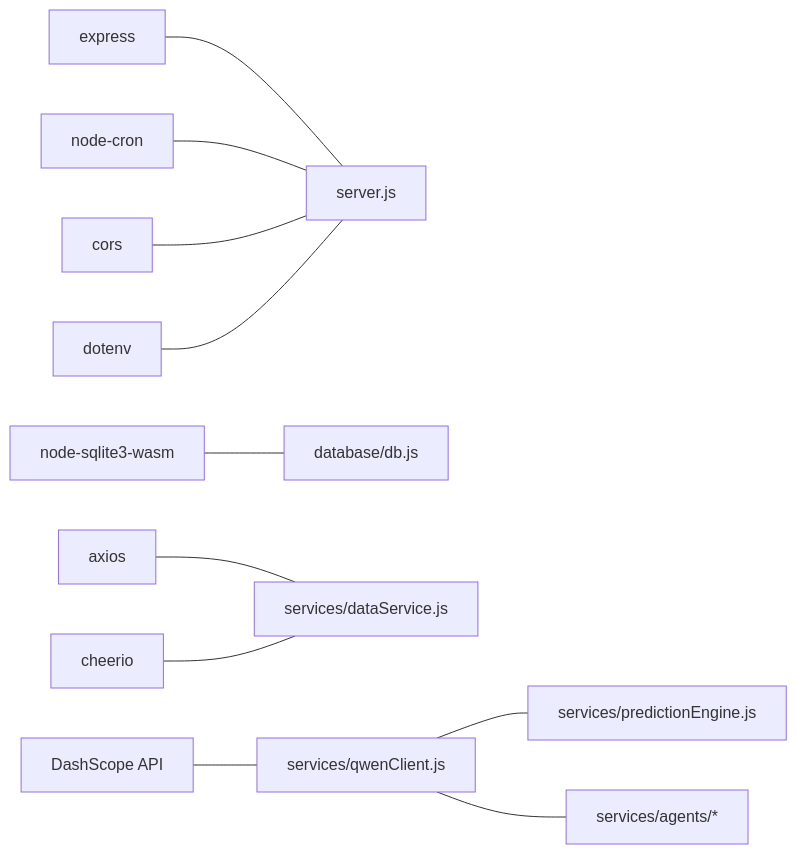
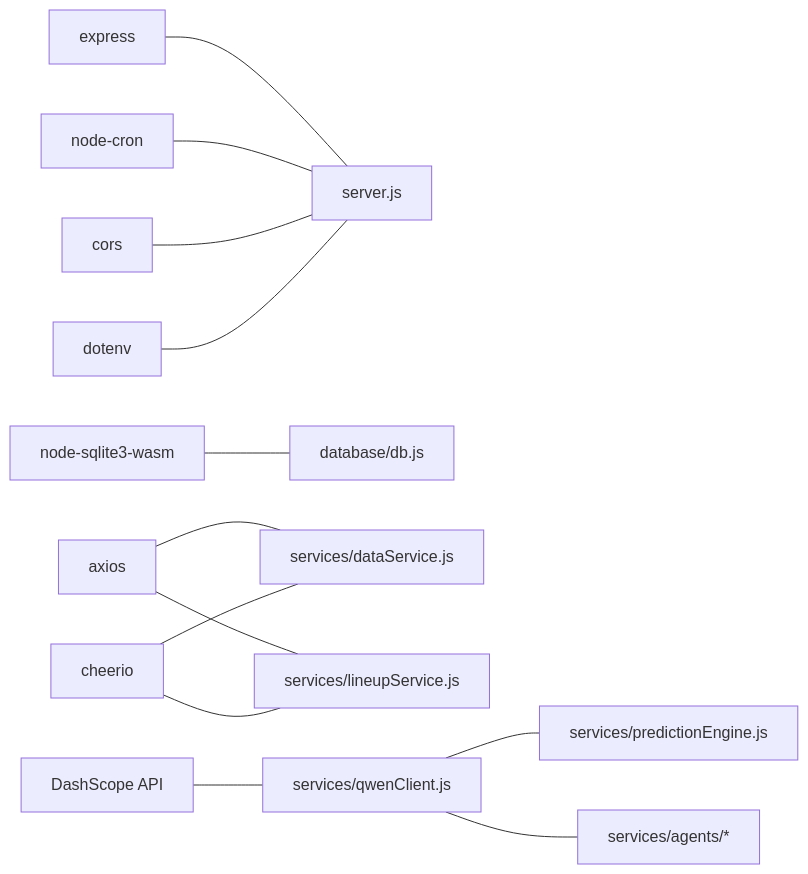
One commit to cheesiong/WC26-qwen changed diagram 12 of 12 in .qoder/repowiki/en/content/System Architecture/Backend Architecture.md. Above: the diagram before and after it, drawn with Mermaid. The commit also changed other lines of this file and 3 other files, not shown here.

````diff
--- a/.qoder/repowiki/en/content/System Architecture/Backend Architecture.md
+++ b/.qoder/repowiki/en/content/System Architecture/Backend Architecture.md
@@ -405,13 +466,15 @@
 ```mermaid
 graph LR
 Express["express"] --- Server["server.js"]
 Cron["node-cron"] --- Server
 Cors["cors"] --- Server
 Dotenv["dotenv"] --- Server
 Sqlite["node-sqlite3-wasm"] --- DB["database/db.js"]
 Axios["axios"] --- DataService["services/dataService.js"]
+Axios --- LineupService["services/lineupService.js"]
 Cheerio["cheerio"] --- DataService
+Cheerio --- LineupService
 Qwen["DashScope API"] --- QwenClient["services/qwenClient.js"]
 QwenClient --- Pred["services/predictionEngine.js"]
 QwenClient --- Agents["services/agents/*"]
 ```
````
